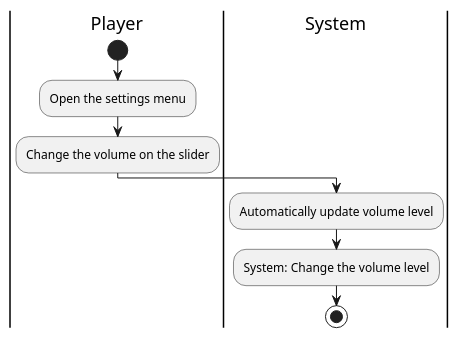
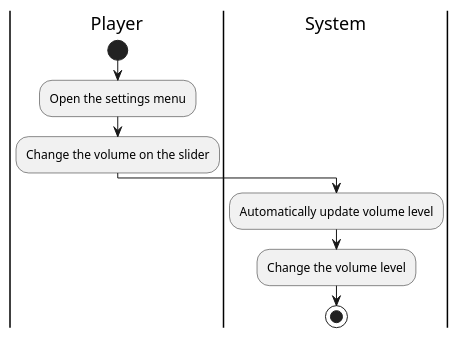
The diagram in Analyse/UseCase/changeSoundVolume.puml (LosVerinos/Crossy-Road), drawn with PlantUML before and after one commit. The commit also changed 13 other files, not shown here.

Commit message:
Modifications de certains diagrammes

```diff
--- a/Analyse/UseCase/changeSoundVolume.puml
+++ b/Analyse/UseCase/changeSoundVolume.puml
@@ -1,12 +1,12 @@
 @startuml changeSoundVolumeUC
 |Player|
 start
 :Open the settings menu;
 
 :Change the volume on the slider;
 
 |System|
 :Automatically update volume level;
-:System: Change the volume level;
+:Change the volume level;
 stop
 @enduml
```
